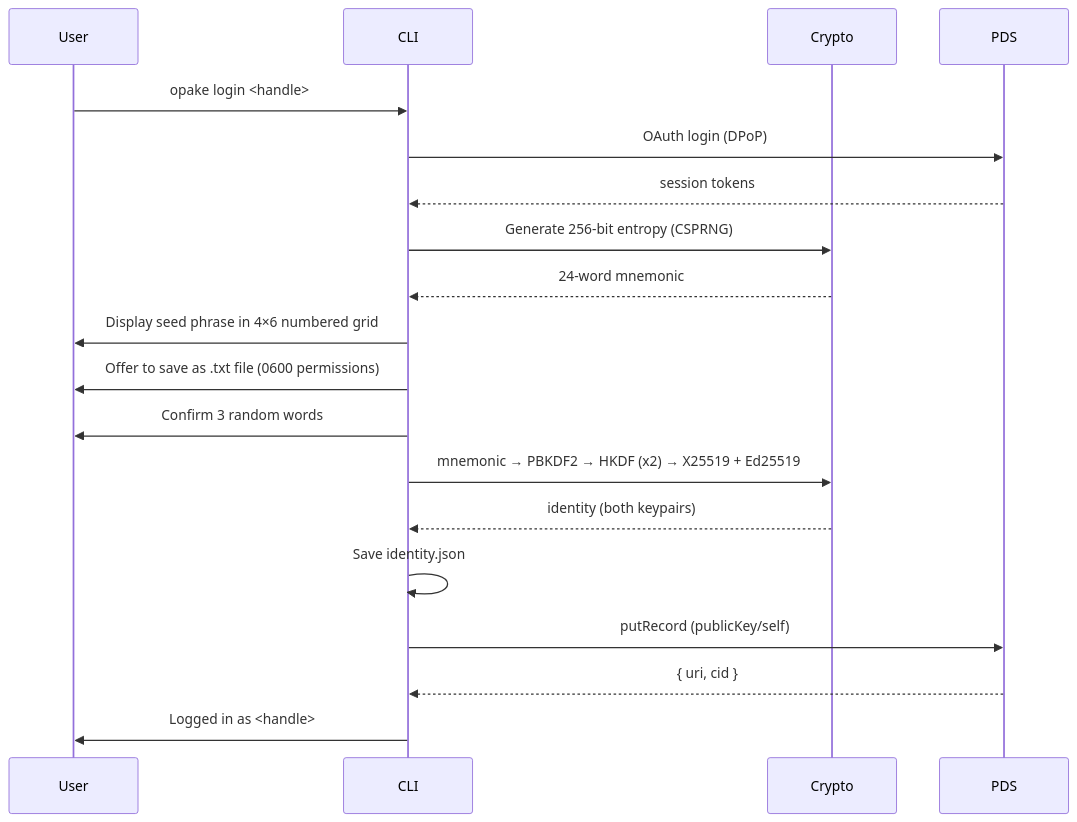
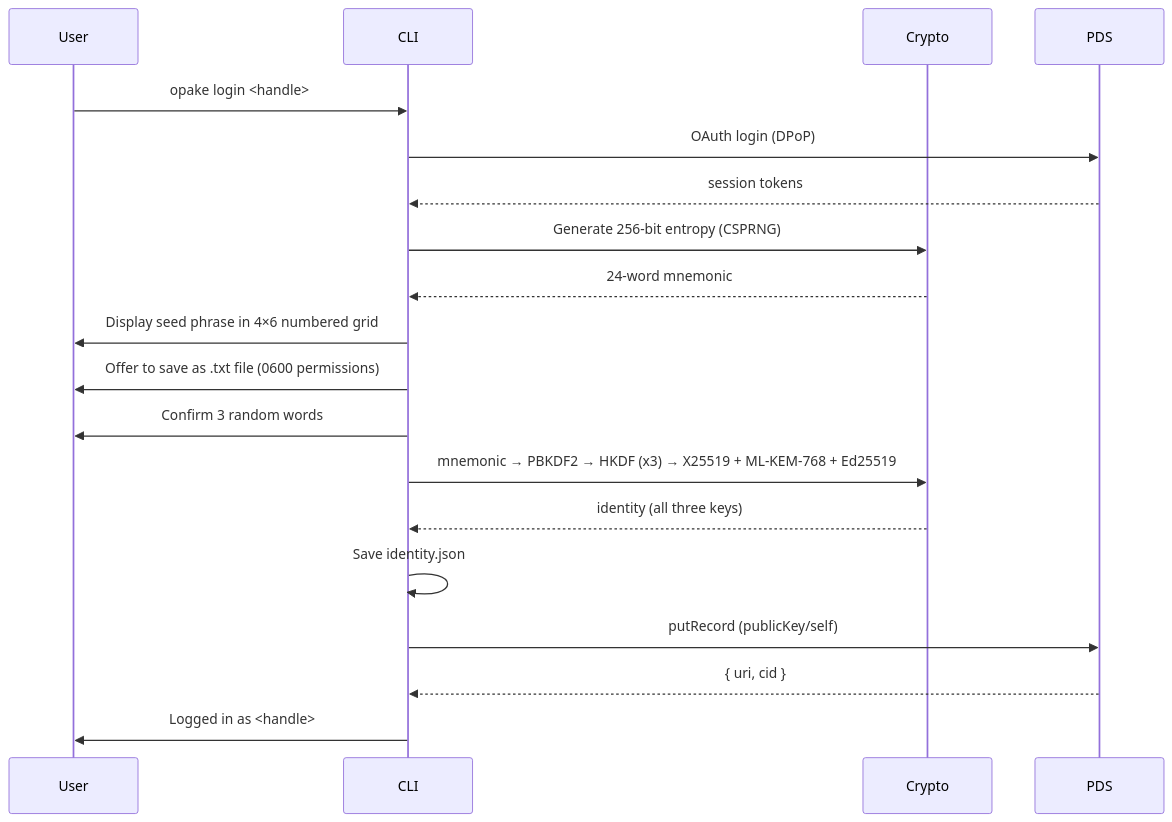
Before and after one commit to Sans-Self/Opake: the second of 3 diagrams in docs/flows/seed-phrase-recovery.md, drawn with Mermaid. The commit also changed other lines of this file and 35 other files, not shown here.

````diff
--- a/docs/flows/seed-phrase-recovery.md
+++ b/docs/flows/seed-phrase-recovery.md
@@ -37,27 +39,27 @@
 ```mermaid
 sequenceDiagram
     participant User
     participant CLI
     participant Crypto
     participant PDS
 
     User->>CLI: opake login <handle>
     CLI->>PDS: OAuth login (DPoP)
     PDS-->>CLI: session tokens
 
     CLI->>Crypto: Generate 256-bit entropy (CSPRNG)
     Crypto-->>CLI: 24-word mnemonic
 
     CLI->>User: Display seed phrase in 4×6 numbered grid
     CLI->>User: Offer to save as .txt file (0600 permissions)
     CLI->>User: Confirm 3 random words
 
-    CLI->>Crypto: mnemonic → PBKDF2 → HKDF (x2) → X25519 + Ed25519
-    Crypto-->>CLI: identity (both keypairs)
+    CLI->>Crypto: mnemonic → PBKDF2 → HKDF (x3) → X25519 + ML-KEM-768 + Ed25519
+    Crypto-->>CLI: identity (all three keys)
 
     CLI->>CLI: Save identity.json
     CLI->>PDS: putRecord (publicKey/self)
     PDS-->>CLI: { uri, cid }
 
     CLI->>User: Logged in as <handle>
 ```
````
